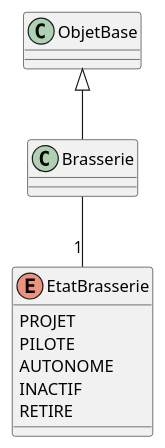
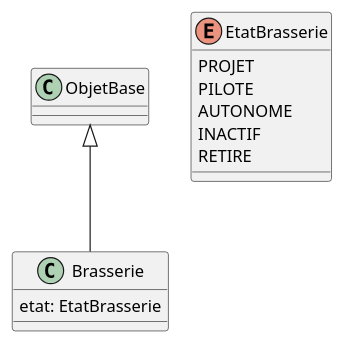
Before and after one commit to beerfactory/brewbox-uml: the diagram in brasserie.iuml, drawn with PlantUML.

Commit message:
Simplifications

```diff
--- a/brasserie.iuml
+++ b/brasserie.iuml
@@ -1,14 +1,13 @@
 class Brasserie {
-	
+	etat: EtatBrasserie
 }
 
 enum EtatBrasserie {
     PROJET
     PILOTE
     AUTONOME
     INACTIF
     RETIRE
 }
 
-Brasserie -- "1" EtatBrasserie
 ObjetBase <|-- Brasserie
```
